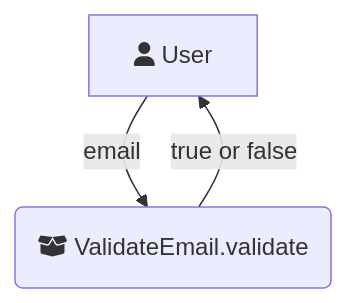
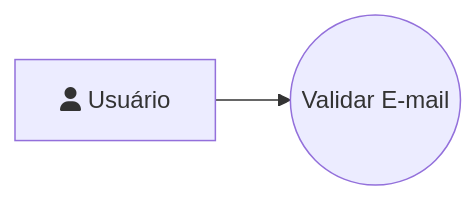
The diagram in ValidateEmail/validate-email-use-case.uml.mermaid (RenatoGarciaLopes/JavaIradoNoTxt), drawn with Mermaid before and after one commit. The commit also changed 2 other files, not shown here.

Commit message:
feat: enhance email validation functionality with comprehensive checks and UML updates

```diff
--- a/ValidateEmail/validate-email-use-case.uml.mermaid
+++ b/ValidateEmail/validate-email-use-case.uml.mermaid
@@ -1,6 +1,5 @@
-flowchart TD
-    A[fa:fa-user User]
-    B(fa:fa-box-open ValidateEmail.validate)
+flowchart LR
+    A[fa:fa-user Usuário]
+    B((Validar E-mail))
 
-    A -->| email | B
-    B -->| true or false | A
+    A --> B
```
